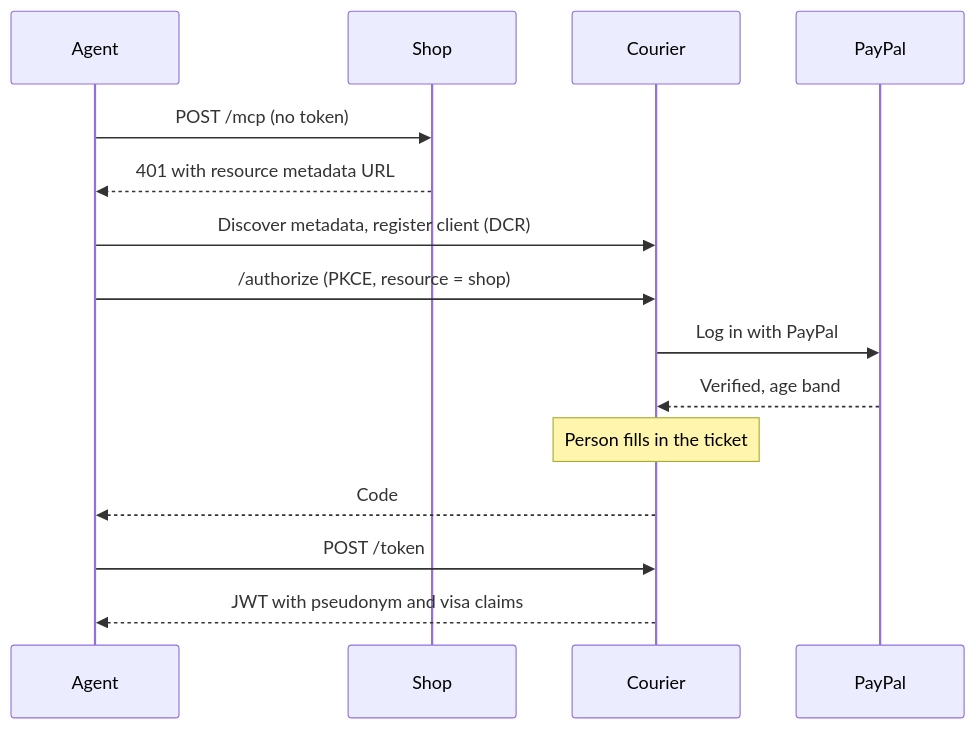
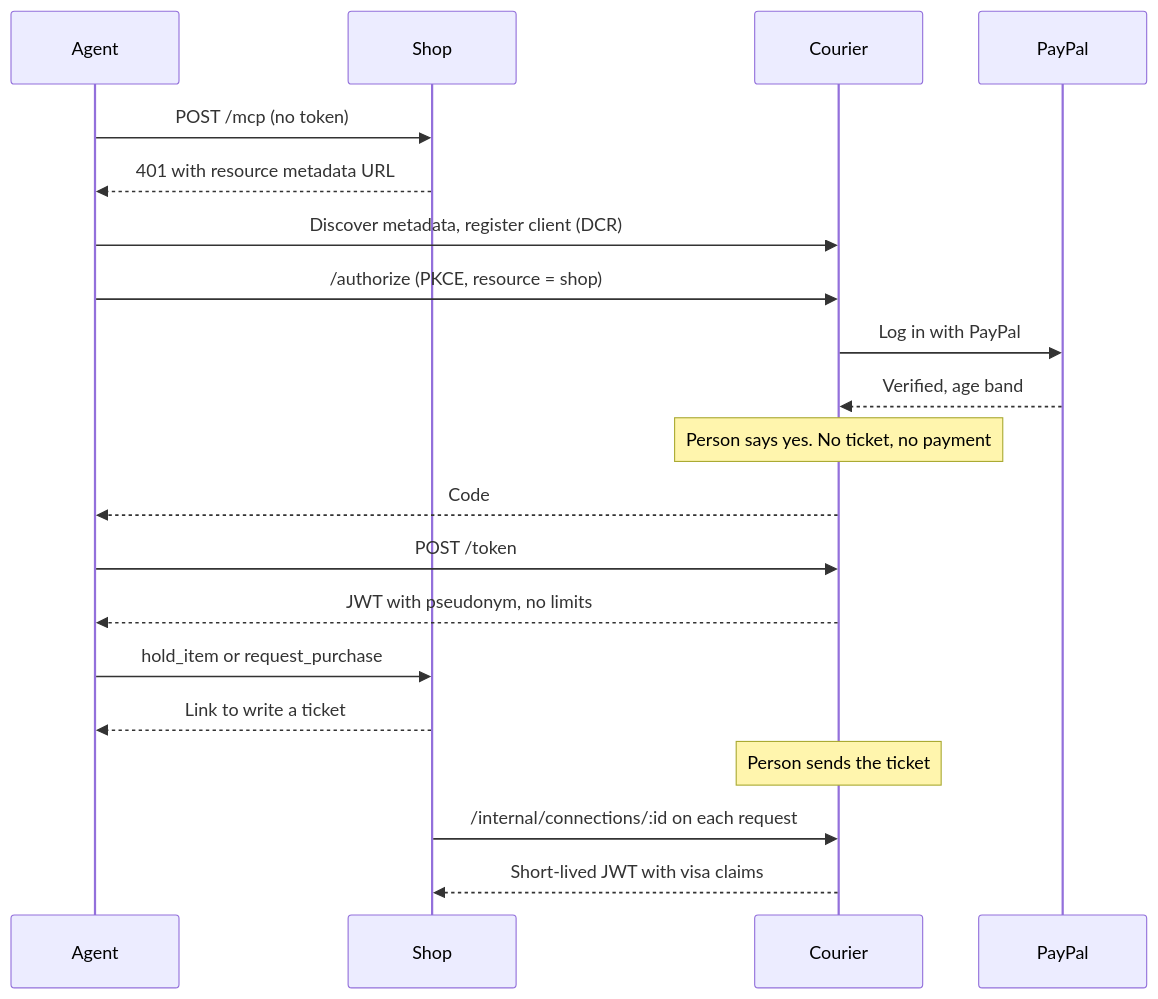
The second of 3 diagrams in docs/architecture.md (Djbrl/courier), drawn with Mermaid before and after one commit. The commit also changed other lines of this file and 25 other files, not shown here.

First line of the commit message:
Connect Claude without a ticket, and show a receipt for every purchase

````diff
--- a/docs/architecture.md
+++ b/docs/architecture.md
@@ -44,17 +45,22 @@
 ```mermaid
 sequenceDiagram
     participant A as Agent
     participant S as Shop
     participant C as Courier
     participant P as PayPal
     A->>S: POST /mcp (no token)
     S-->>A: 401 with resource metadata URL
     A->>C: Discover metadata, register client (DCR)
     A->>C: /authorize (PKCE, resource = shop)
     C->>P: Log in with PayPal
     P-->>C: Verified, age band
-    Note over C: Person fills in the ticket
+    Note over C: Person says yes. No ticket, no payment
     C-->>A: Code
     A->>C: POST /token
-    C-->>A: JWT with pseudonym and visa claims
+    C-->>A: JWT with pseudonym, no limits
+    A->>S: hold_item or request_purchase
+    S-->>A: Link to write a ticket
+    Note over C: Person sends the ticket
+    S->>C: /internal/connections/:id on each request
+    C-->>S: Short-lived JWT with visa claims
 ```
````
